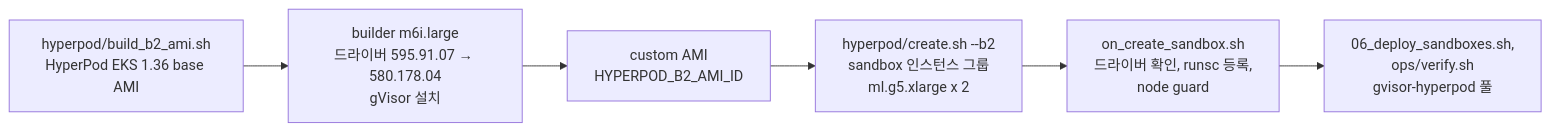
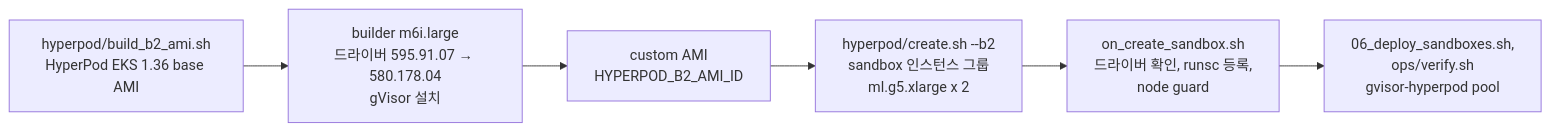
The second of 2 diagrams in docs/handson/07_hyperpod.md (daekeun-ml/gpu-sandbox-on-aws), drawn with Mermaid before and after one commit. The commit also changed other lines of this file and 112 other files, not shown here.

````diff
--- a/docs/handson/07_hyperpod.md
+++ b/docs/handson/07_hyperpod.md
@@ -400,8 +402,8 @@
 ```mermaid
 flowchart LR
     A["hyperpod/build_b2_ami.sh<br/>HyperPod EKS 1.36 base AMI"] --> B["builder m6i.large<br/>드라이버 595.91.07 → 580.178.04<br/>gVisor 설치"]
     B --> C["custom AMI<br/>HYPERPOD_B2_AMI_ID"]
     C --> D["hyperpod/create.sh --b2<br/>sandbox 인스턴스 그룹<br/>ml.g5.xlarge x 2"]
     D --> E["on_create_sandbox.sh<br/>드라이버 확인, runsc 등록,<br/>node guard"]
-    E --> F["06_deploy_sandboxes.sh,<br/>ops/verify.sh<br/>gvisor-hyperpod 풀"]
+    E --> F["06_deploy_sandboxes.sh,<br/>ops/verify.sh<br/>gvisor-hyperpod pool"]
 ```
````
